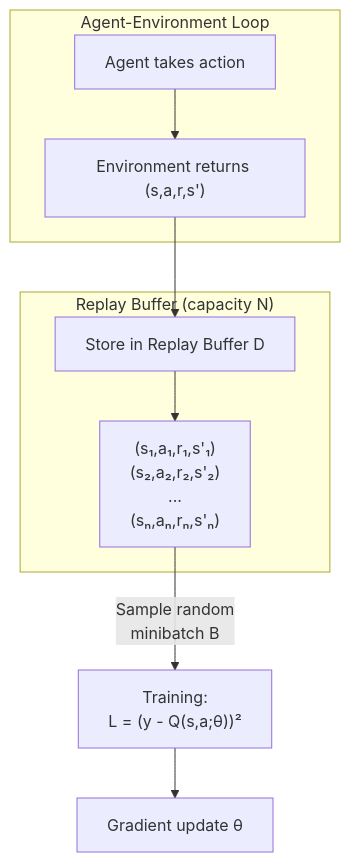
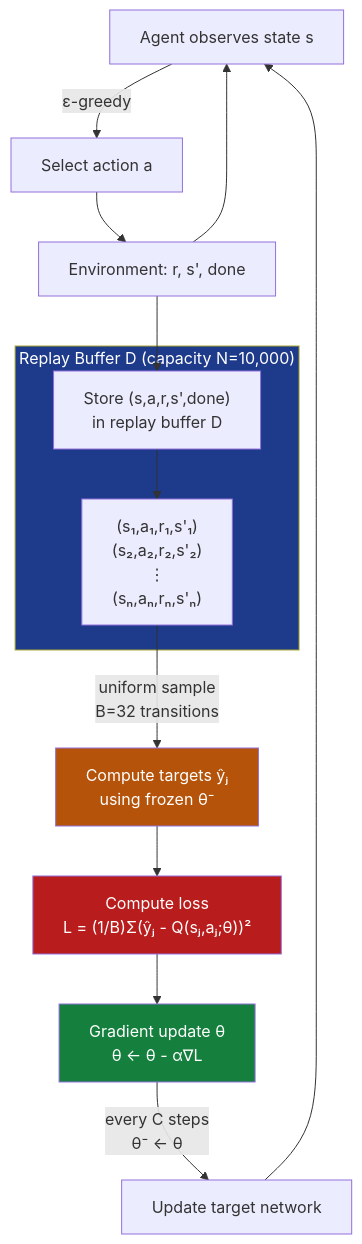
Before and after one commit to deepakshamsft/ai-portfolio: the third of 3 diagrams in notes/01-ml/06_reinforcement_learning/ch04_dqn/README.md, drawn with Mermaid. The commit also changed other lines of this file and 727 other files, not shown here.

````diff
--- a/notes/01-ml/06_reinforcement_learning/ch04_dqn/README.md
+++ b/notes/01-ml/06_reinforcement_learning/ch04_dqn/README.md
@@ -271,14 +457,22 @@
 ```mermaid
 flowchart TD
-    subgraph "Agent-Environment Loop"
-        A["Agent takes action"] --> B["Environment returns (s,a,r,s')"]
+    A["Agent observes state s"] -->|"ε-greedy"| B["Select action a"]
+    B --> C["Environment: r, s', done"]
+    C --> D["Store (s,a,r,s',done)\nin replay buffer D"]
+
+    subgraph BUF["Replay Buffer  D  (capacity N=10,000)"]
+        D --> BUFcontent["(s₁,a₁,r₁,s'₁)\n(s₂,a₂,r₂,s'₂)\n   ⋮\n(sₙ,aₙ,rₙ,s'ₙ)"]
     end
-    B --> C["Store in Replay Buffer D"]
-    
-    subgraph "Replay Buffer (capacity N)"
-        C --> D["(s₁,a₁,r₁,s'₁)<br/>(s₂,a₂,r₂,s'₂)<br/>...<br/>(sₙ,aₙ,rₙ,s'ₙ)"]
-    end
-    
-    D -->|"Sample random<br/>minibatch B"| E["Training:<br/>L = (y - Q(s,a;θ))²"]
-    E --> F["Gradient update θ"]
+
+    BUFcontent -->|"uniform sample\nB=32 transitions"| E["Compute targets ŷⱼ\nusing frozen θ⁻"]
+    E --> F["Compute loss\nL = (1/B)Σ(ŷⱼ - Q(sⱼ,aⱼ;θ))²"]
+    F --> G["Gradient update θ\nθ ← θ - α∇L"]
+    G -->|"every C steps\nθ⁻ ← θ"| H["Update target network"]
+    H --> A
+    C --> A
+
+    style BUF fill:#1e3a8a,color:#fff
+    style E fill:#b45309,color:#fff
+    style F fill:#b91c1c,color:#fff
+    style G fill:#15803d,color:#fff
 ```
````
